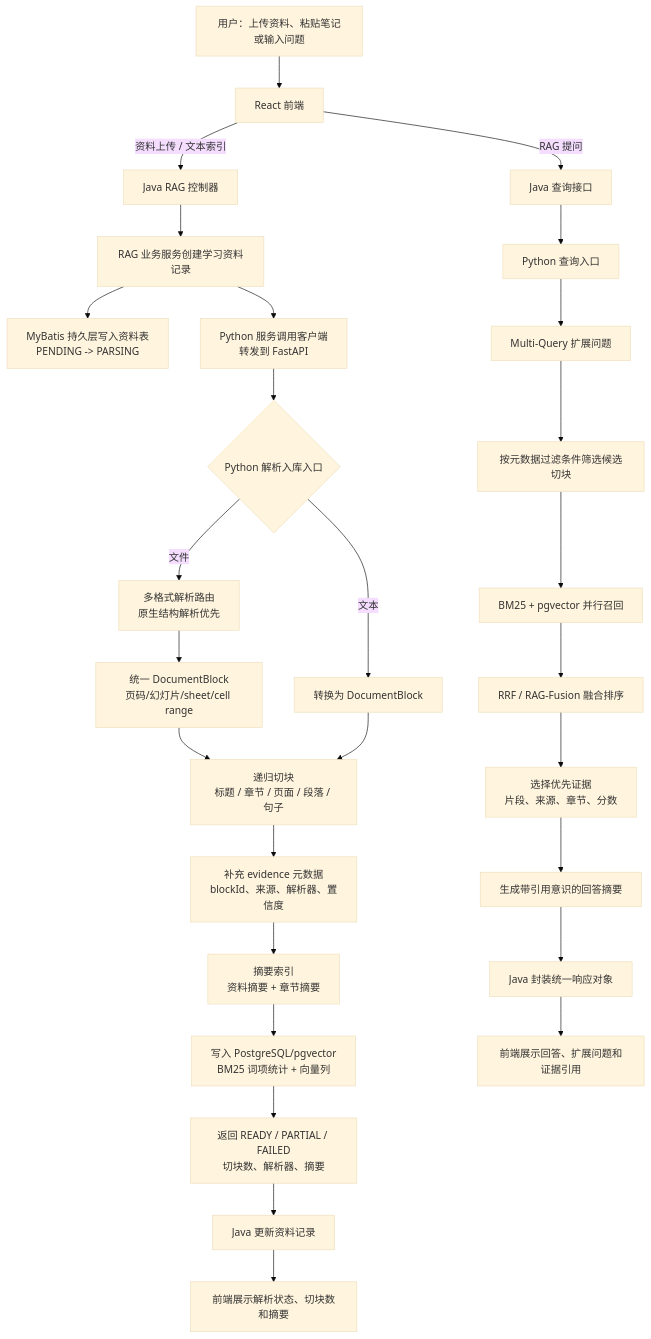
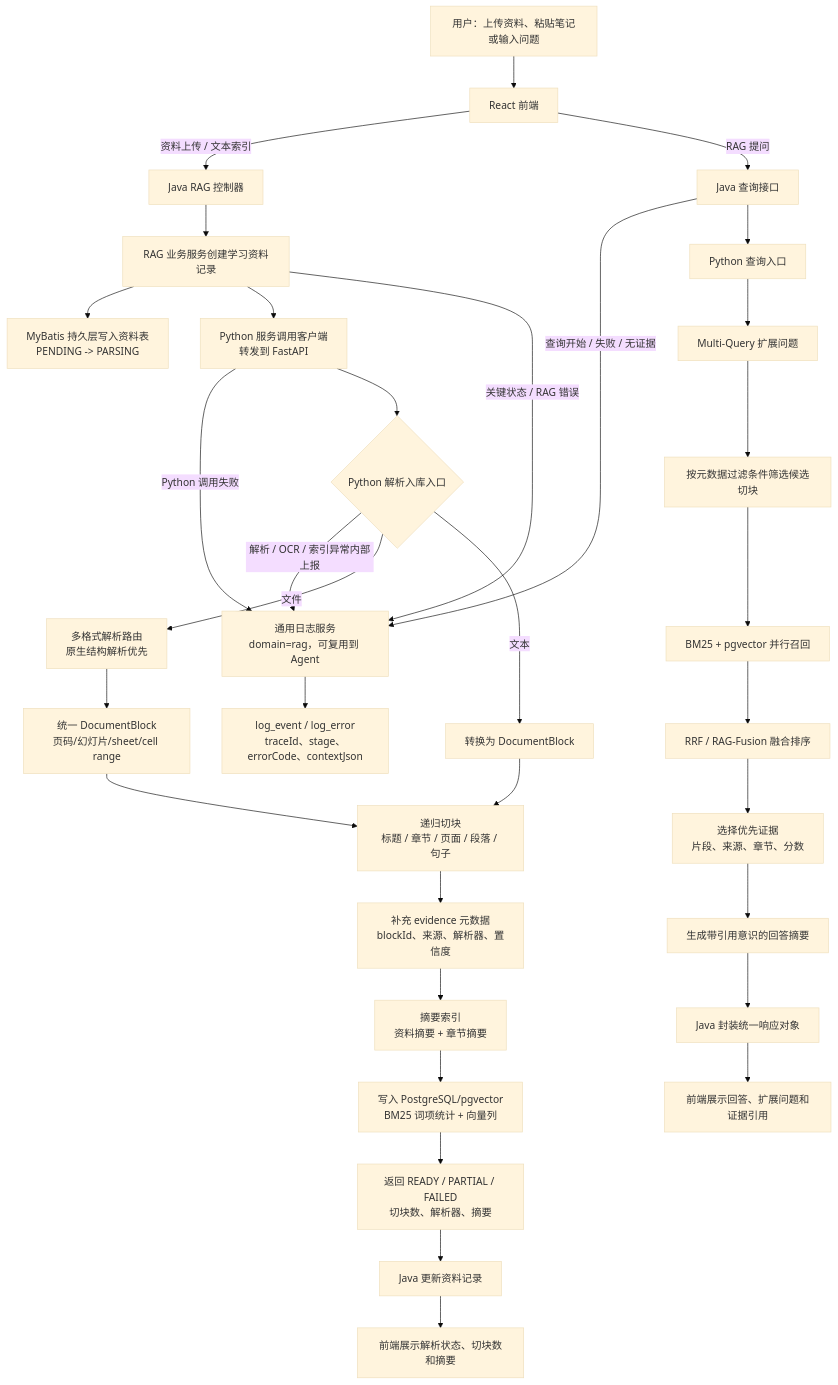
The first of 4 diagrams in README.md (HeWhenJay/Multimodal-RAG-Agent-Learning-Evidence-Platform), drawn with Mermaid (base theme) before and after one commit. The commit also changed other lines of this file and 23 other files, not shown here.

Commit message:
feat: 实现RAG日志记录与流程图更新

````diff
--- a/README.md
+++ b/README.md
@@ -22,33 +24,38 @@
 ```mermaid
 flowchart TD
     U["用户：上传资料、粘贴笔记或输入问题"] --> FE["React 前端"]
 
     FE -->|"资料上传 / 文本索引"| JC["Java RAG 控制器"]
     JC --> JS["RAG 业务服务创建学习资料记录"]
     JS --> DB["MyBatis 持久层写入资料表<br/>PENDING -> PARSING"]
     JS --> PC["Python 服务调用客户端<br/>转发到 FastAPI"]
+    JS -->|"关键状态 / RAG 错误"| LOG["通用日志服务<br/>domain=rag，可复用到 Agent"]
+    PC -->|"Python 调用失败"| LOG
 
     PC --> PYI{"Python 解析入库入口"}
+    PYI -->|"解析 / OCR / 索引异常内部上报"| LOG
     PYI -->|"文件"| ROUTE["多格式解析路由<br/>原生结构解析优先"]
     PYI -->|"文本"| TXT["转换为 DocumentBlock"]
     ROUTE --> BLOCK["统一 DocumentBlock<br/>页码/幻灯片/sheet/cell range"]
     BLOCK --> CH["递归切块<br/>标题 / 章节 / 页面 / 段落 / 句子"]
     TXT --> CH
     CH --> META["补充 evidence 元数据<br/>blockId、来源、解析器、置信度"]
     META --> SUM["摘要索引<br/>资料摘要 + 章节摘要"]
     SUM --> IDX["写入 PostgreSQL/pgvector<br/>BM25 词项统计 + 向量列"]
     IDX --> IR["返回 READY / PARTIAL / FAILED<br/>切块数、解析器、摘要"]
     IR --> JU["Java 更新资料记录"]
     JU --> FEI["前端展示解析状态、切块数和摘要"]
 
     FE -->|"RAG 提问"| JQ["Java 查询接口"]
+    JQ -->|"查询开始 / 失败 / 无证据"| LOG
     JQ --> PQ["Python 查询入口"]
     PQ --> MQ["Multi-Query 扩展问题"]
     MQ --> FILTER["按元数据过滤条件筛选候选切块"]
     FILTER --> RET["BM25 + pgvector 并行召回"]
     RET --> FUSE["RRF / RAG-Fusion 融合排序"]
     FUSE --> EV["选择优先证据<br/>片段、来源、章节、分数"]
     EV --> ANS["生成带引用意识的回答摘要"]
     ANS --> JR["Java 封装统一响应对象"]
     JR --> UI["前端展示回答、扩展问题和证据引用"]
+    LOG --> LDB["log_event / log_error<br/>traceId、stage、errorCode、contextJson"]
 ```
````
